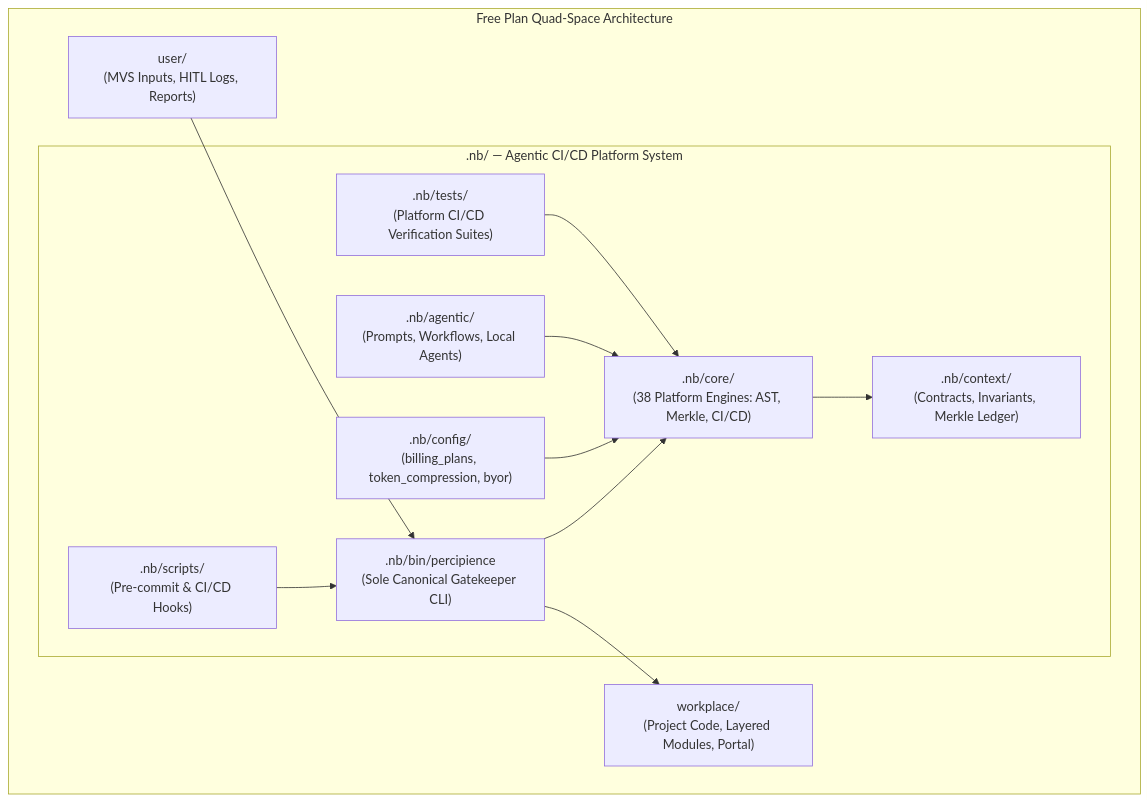
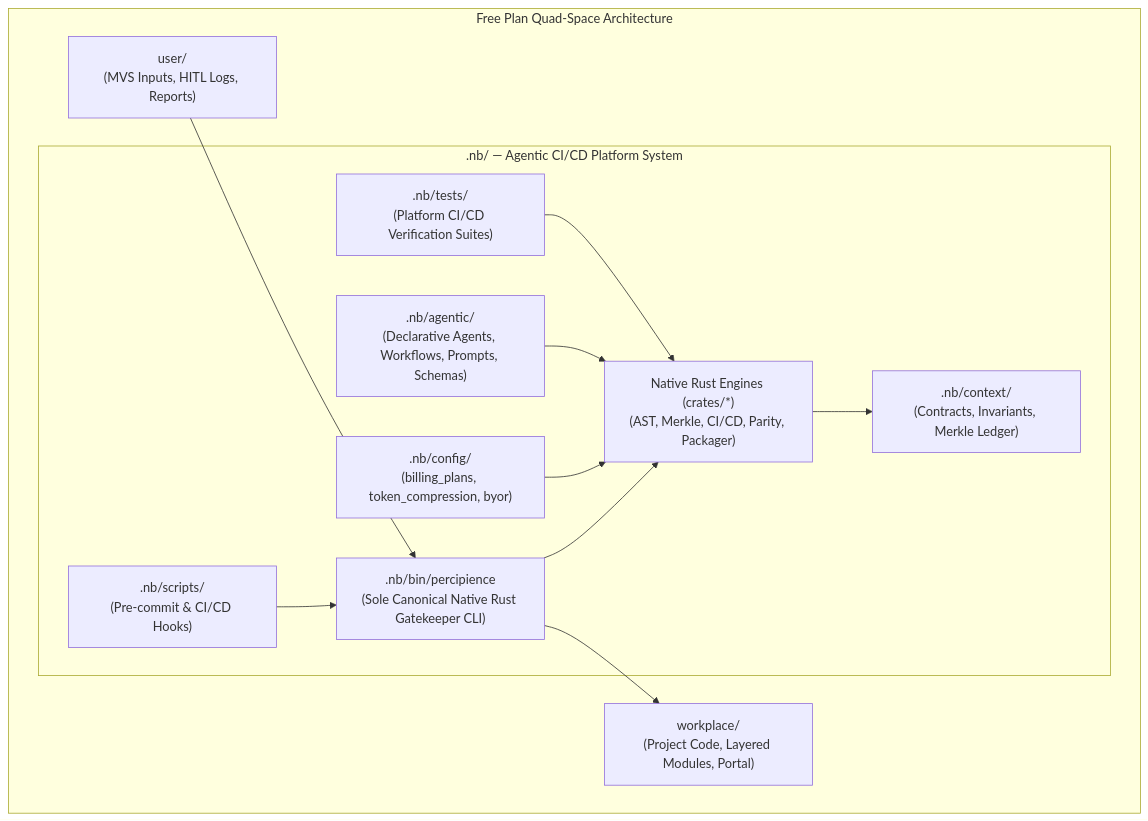
The first of 2 diagrams in .nb/plan/master/parent-master-free-plan/detailed.md (lakhwindersingh/nb_fairyfly), drawn with Mermaid before and after one commit. The commit also changed other lines of this file and 53 other files, not shown here.

````diff
--- a/.nb/plan/master/parent-master-free-plan/detailed.md
+++ b/.nb/plan/master/parent-master-free-plan/detailed.md
@@ -23,26 +24,26 @@
 ```mermaid
 graph TD
   subgraph Free_Plan_Workspace["Free Plan Quad-Space Architecture"]
     UserSpace["user/<br/>(MVS Inputs, HITL Logs, Reports)"]
     WorkplaceSpace["workplace/<br/>(Project Code, Layered Modules, Portal)"]
     
     subgraph Agentic_CICD_Platform[".nb/ — Agentic CI/CD Platform System"]
-      NBCli[".nb/bin/percipience<br/>(Sole Canonical Gatekeeper CLI)"]
+      NBCli[".nb/bin/percipience<br/>(Sole Canonical Native Rust Gatekeeper CLI)"]
       NBConfig[".nb/config/<br/>(billing_plans, token_compression, byor)"]
-      NBCore[".nb/core/<br/>(38 Platform Engines: AST, Merkle, CI/CD)"]
+      NBCore["Native Rust Engines (crates/*)<br/>(AST, Merkle, CI/CD, Parity, Packager)"]
       NBContext[".nb/context/<br/>(Contracts, Invariants, Merkle Ledger)"]
-      NBAgentic[".nb/agentic/<br/>(Prompts, Workflows, Local Agents)"]
+      NBAgentic[".nb/agentic/<br/>(Declarative Agents, Workflows, Prompts, Schemas)"]
       NBScripts[".nb/scripts/<br/>(Pre-commit & CI/CD Hooks)"]
       NBTests[".nb/tests/<br/>(Platform CI/CD Verification Suites)"]
     end
   end
 
   NBCli --> NBCore
   NBConfig --> NBCore
   NBCore --> NBContext
   NBAgentic --> NBCore
   NBScripts --> NBCli
   NBCli --> WorkplaceSpace
   UserSpace --> NBCli
   NBTests --> NBCore
 ```
````
